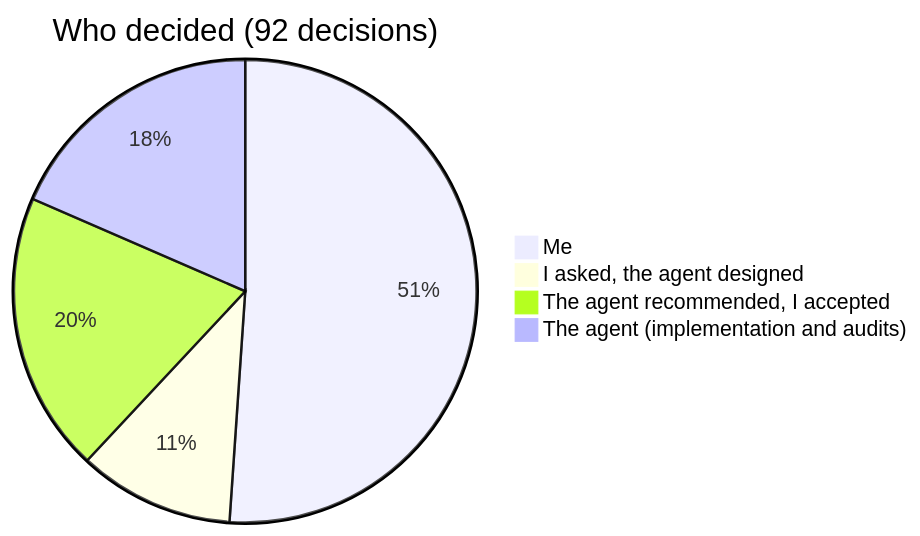
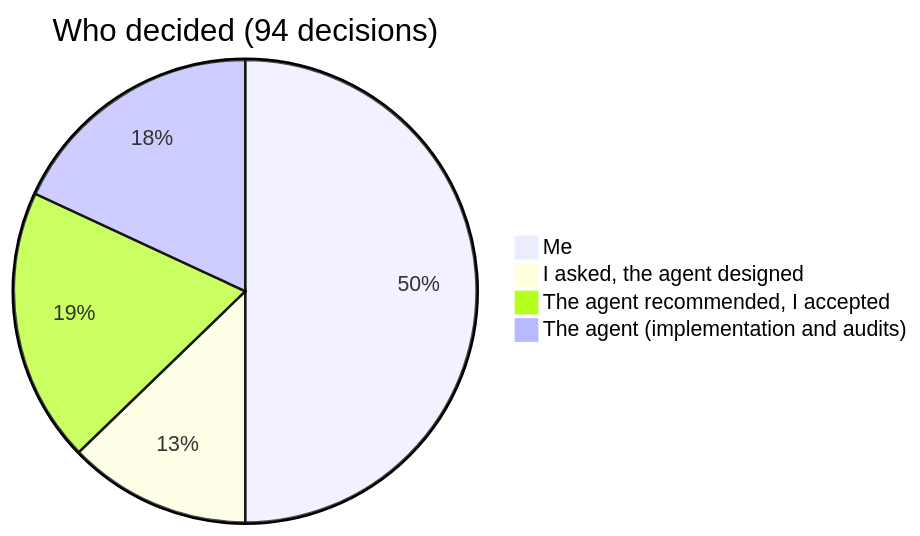
One commit to micaelcf/parcela-mais-case changed the sixth of 6 diagrams in README.en.md. Above: the diagram before and after it, drawn with Mermaid. The commit also changed other lines of this file and 8 other files, not shown here.

````diff
--- a/README.en.md
+++ b/README.en.md
@@ -237,7 +247,7 @@
 ```mermaid
-pie title Who decided (92 decisions)
+pie title Who decided (94 decisions)
     "Me" : 47
-    "I asked, the agent designed" : 10
+    "I asked, the agent designed" : 12
     "The agent recommended, I accepted" : 18
     "The agent (implementation and audits)" : 17
 ```
````
